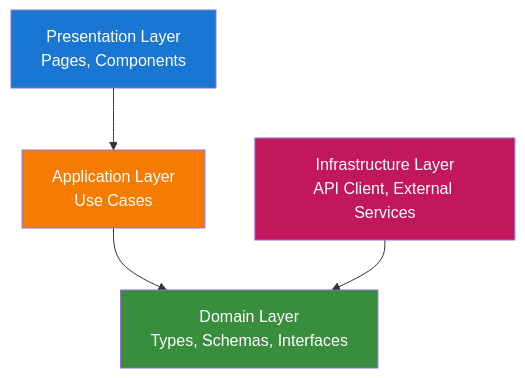
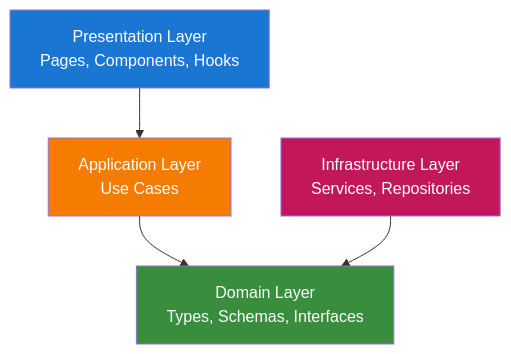
The first of 4 diagrams in docs/architecture.md (thinhtran3588/nextjs-starter-kit), drawn with Mermaid before and after one commit. The commit also changed other lines of this file and 208 other files, not shown here.

First line of the commit message:
refactor: reorganize modules into Clean Architecture layers (#36)

````diff
--- a/docs/architecture.md
+++ b/docs/architecture.md
@@ -9,11 +23,11 @@
 ```mermaid
 graph TD
-    A[Presentation Layer<br/>Pages, Components] --> B[Application Layer<br/>Use Cases]
+    A[Presentation Layer<br/>Pages, Components, Hooks] --> B[Application Layer<br/>Use Cases]
     B --> C[Domain Layer<br/>Types, Schemas, Interfaces]
-    D[Infrastructure Layer<br/>API Client, External Services] --> C
+    D[Infrastructure Layer<br/>Services, Repositories] --> C
 
     style A fill:#1976d2,color:#fff
     style B fill:#f57c00,color:#fff
     style C fill:#388e3c,color:#fff
     style D fill:#c2185b,color:#fff
 ```
````
